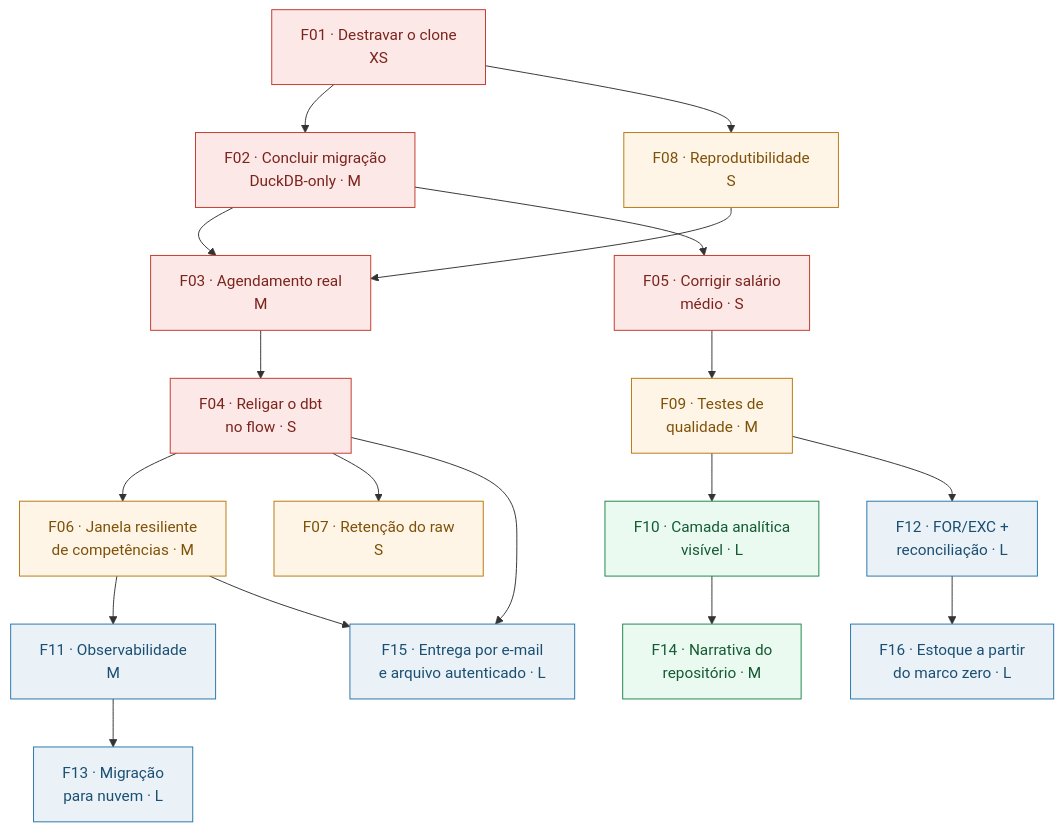
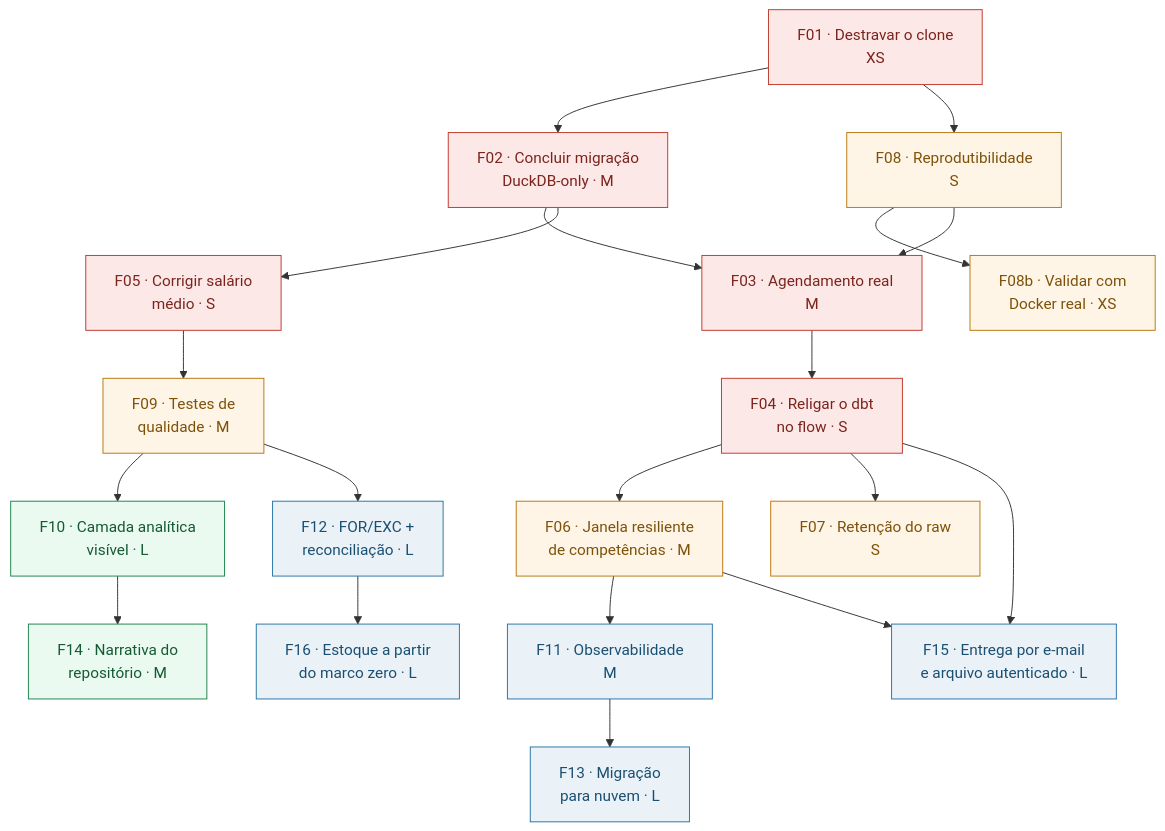
The diagram in docs/fatias/README.md (raulleninis/heco-caged-datastack), drawn with Mermaid before and after one commit. The commit also changed other lines of this file and 1 other file, not shown here.

Commit message:
docs: Adicionar F08b — validar reprodutibilidade com Docker real
F08 foi implementada mas o critério de aceite não pôde ser executado
(sem Docker disponível no ambiente de dev onde a implementação aconteceu).
F08b documenta o que falta: rodar o build, verificar versões/tamanho da
imagem, capturar o digest real da imagem base (hoje só pinada por tag),
e validar em runtime as correções de F03/F07/F05 feitas na revisão que
também não foram testadas com Docker rodando.

Usuário está instalando WSL + Docker Desktop para rodar essa validação.

````diff
--- a/docs/fatias/README.md
+++ b/docs/fatias/README.md
@@ -13,29 +13,30 @@
 ```mermaid
 flowchart TD
     F01["F01 · Destravar o clone<br/>XS"] --> F02["F02 · Concluir migração<br/>DuckDB-only · M"]
     F01 --> F08["F08 · Reprodutibilidade<br/>S"]
+    F08 --> F08b["F08b · Validar com<br/>Docker real · XS"]
     F02 --> F03["F03 · Agendamento real<br/>M"]
     F08 --> F03
     F03 --> F04["F04 · Religar o dbt<br/>no flow · S"]
     F04 --> F06["F06 · Janela resiliente<br/>de competências · M"]
     F02 --> F05["F05 · Corrigir salário<br/>médio · S"]
     F05 --> F09["F09 · Testes de<br/>qualidade · M"]
     F04 --> F07["F07 · Retenção do raw<br/>S"]
     F09 --> F10["F10 · Camada analítica<br/>visível · L"]
     F06 --> F11["F11 · Observabilidade<br/>M"]
     F09 --> F12["F12 · FOR/EXC +<br/>reconciliação · L"]
     F11 --> F13["F13 · Migração<br/>para nuvem · L"]
     F10 --> F14["F14 · Narrativa do<br/>repositório · M"]
     F04 --> F15["F15 · Entrega por e-mail<br/>e arquivo autenticado · L"]
     F06 --> F15
     F12 --> F16["F16 · Estoque a partir<br/>do marco zero · L"]
 
     classDef agora fill:#fde8e8,stroke:#c0392b,color:#7b241c
     classDef pre fill:#fef5e7,stroke:#b9770e,color:#7e5109
     classDef prod fill:#eaf2f8,stroke:#2874a6,color:#1b4f72
     classDef vitrine fill:#eafaf1,stroke:#1e8449,color:#145a32
     class F01,F02,F03,F04,F05 agora
-    class F06,F07,F08,F09 pre
+    class F06,F07,F08,F08b,F09 pre
     class F11,F12,F13,F15,F16 prod
     class F10,F14 vitrine
 ```
````
